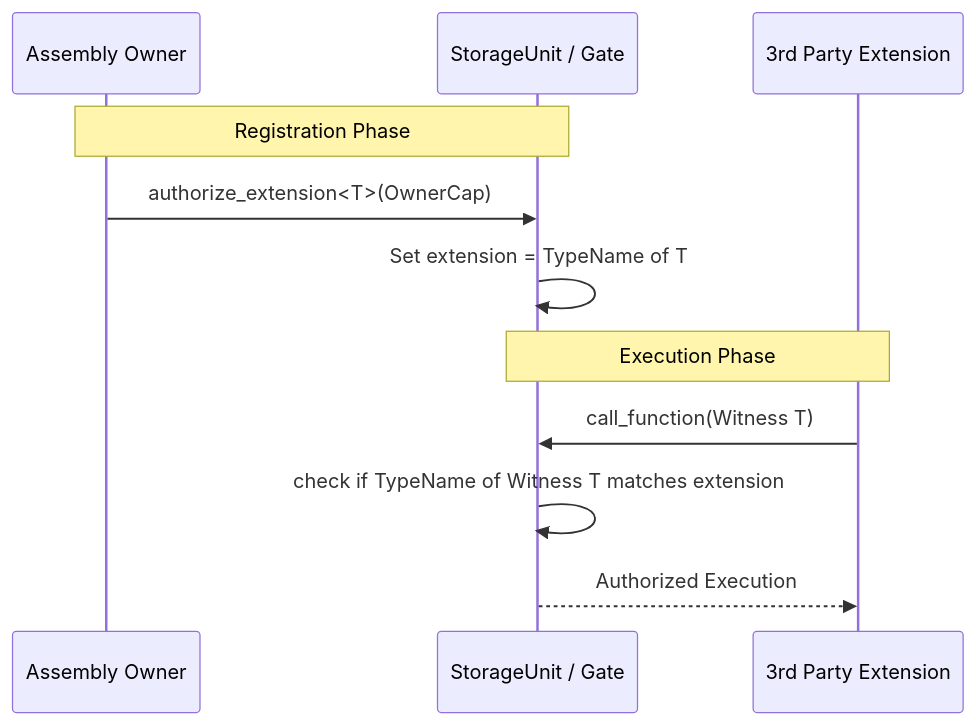
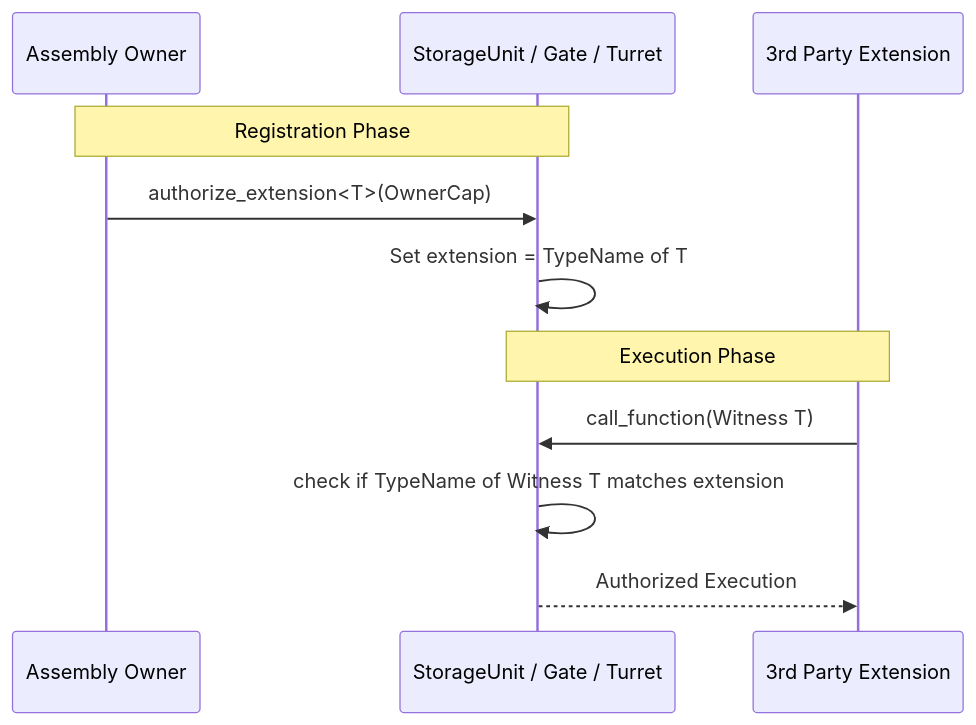
One commit to Scetrov/frontier.scetrov.live changed the second of 3 diagrams in content/develop/world-contracts/assemblies/assembly.move.md. Above: the diagram before and after it, drawn with Mermaid. The commit also changed 4 other files, not shown here.

````diff
--- a/content/develop/world-contracts/assemblies/assembly.move.md
+++ b/content/develop/world-contracts/assemblies/assembly.move.md
@@ -70,16 +70,16 @@
 ```mermaid
 sequenceDiagram
     participant Owner as Assembly Owner
-    participant Assembly as StorageUnit / Gate
+    participant Assembly as StorageUnit / Gate / Turret
     participant Extension as 3rd Party Extension
 
     Note over Owner, Assembly: Registration Phase
     Owner->>Assembly: authorize_extension<T>(OwnerCap)
     Assembly->>Assembly: Set extension = TypeName of T
 
     Note over Extension, Assembly: Execution Phase
     Extension->>Assembly: call_function(Witness T)
     Assembly->>Assembly: check if TypeName of Witness T matches extension
     Assembly-->>Extension: Authorized Execution
 
 ```
````
